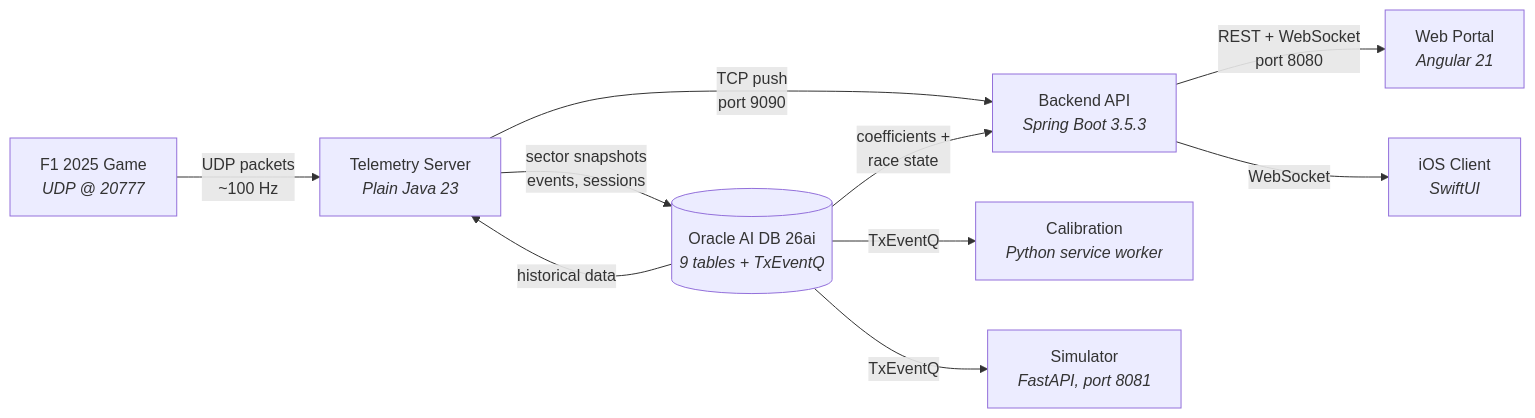
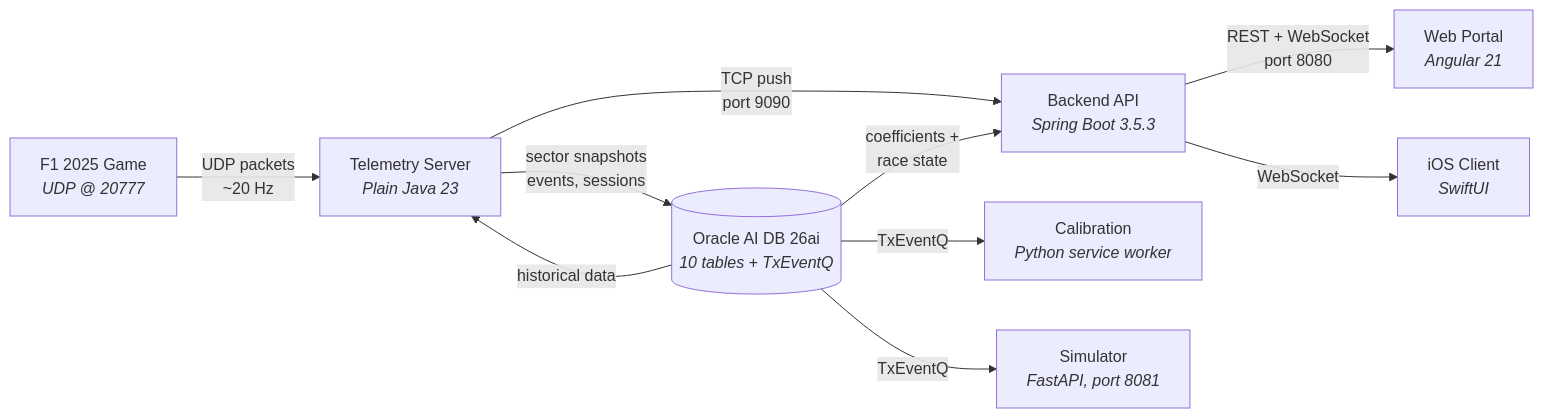
One commit to vmleon/f12025-race-strategy-simulation changed the first of 2 diagrams in README.md. Above: the diagram before and after it, drawn with Mermaid. The commit also changed other lines of this file and 7 other files, not shown here.

````diff
--- a/README.md
+++ b/README.md
@@ -7,21 +7,21 @@
 ```mermaid
 graph LR
     Game["F1 2025 Game<br/><i>UDP @ 20777</i>"]
     Ingest["Telemetry Server<br/><i>Plain Java 23</i>"]
-    DB[("Oracle AI DB 26ai<br/><i>9 tables + TxEventQ</i>")]
+    DB[("Oracle AI DB 26ai<br/><i>10 tables + TxEventQ</i>")]
     Backend["Backend API<br/><i>Spring Boot 3.5.3</i>"]
     Calibration["Calibration<br/><i>Python service worker</i>"]
     Simulator["Simulator<br/><i>FastAPI, port 8081</i>"]
     Portal["Web Portal<br/><i>Angular 21</i>"]
     Client["iOS Client<br/><i>SwiftUI</i>"]
 
-    Game -- "UDP packets<br/>~100 Hz" --> Ingest
+    Game -- "UDP packets<br/>~20 Hz" --> Ingest
     Ingest -- "sector snapshots<br/>events, sessions" --> DB
     Ingest -- "TCP push<br/>port 9090" --> Backend
     DB -- "historical data" --> Ingest
     DB -- "TxEventQ" --> Calibration
     DB -- "TxEventQ" --> Simulator
     DB -- "coefficients +<br/>race state" --> Backend
     Backend -- "REST + WebSocket<br/>port 8080" --> Portal
     Backend -- "WebSocket" --> Client
 ```
````
